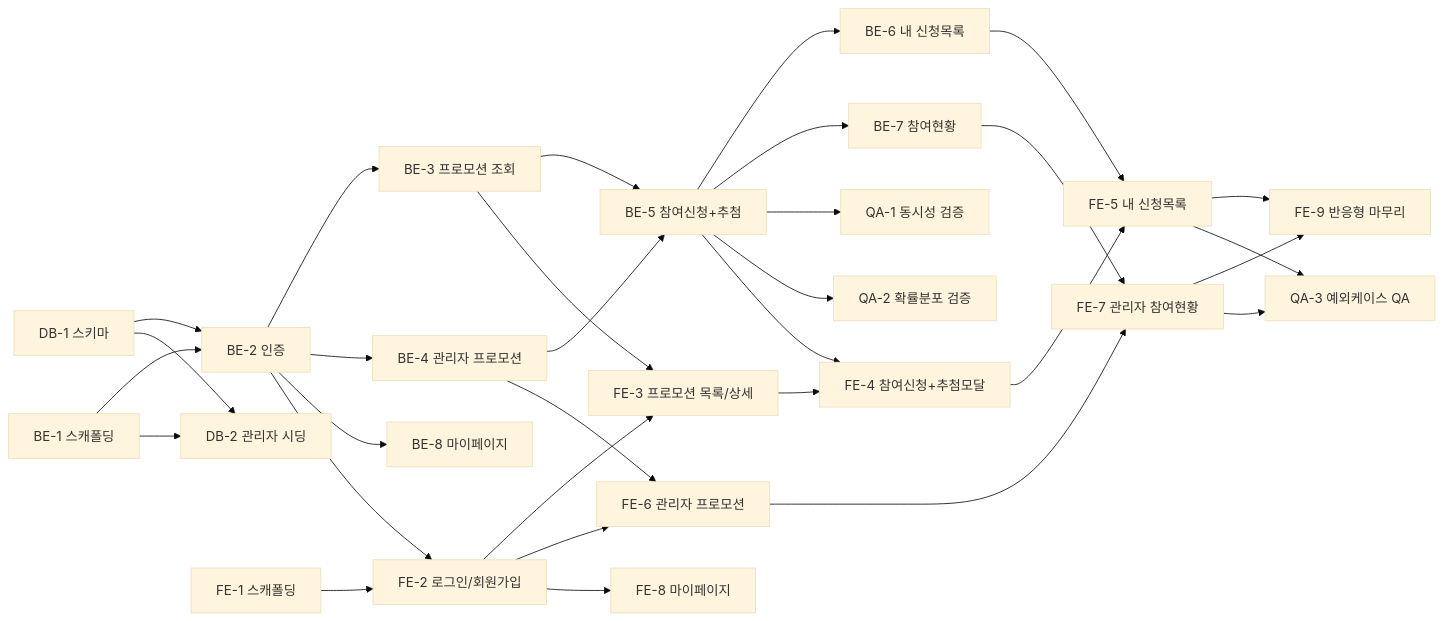
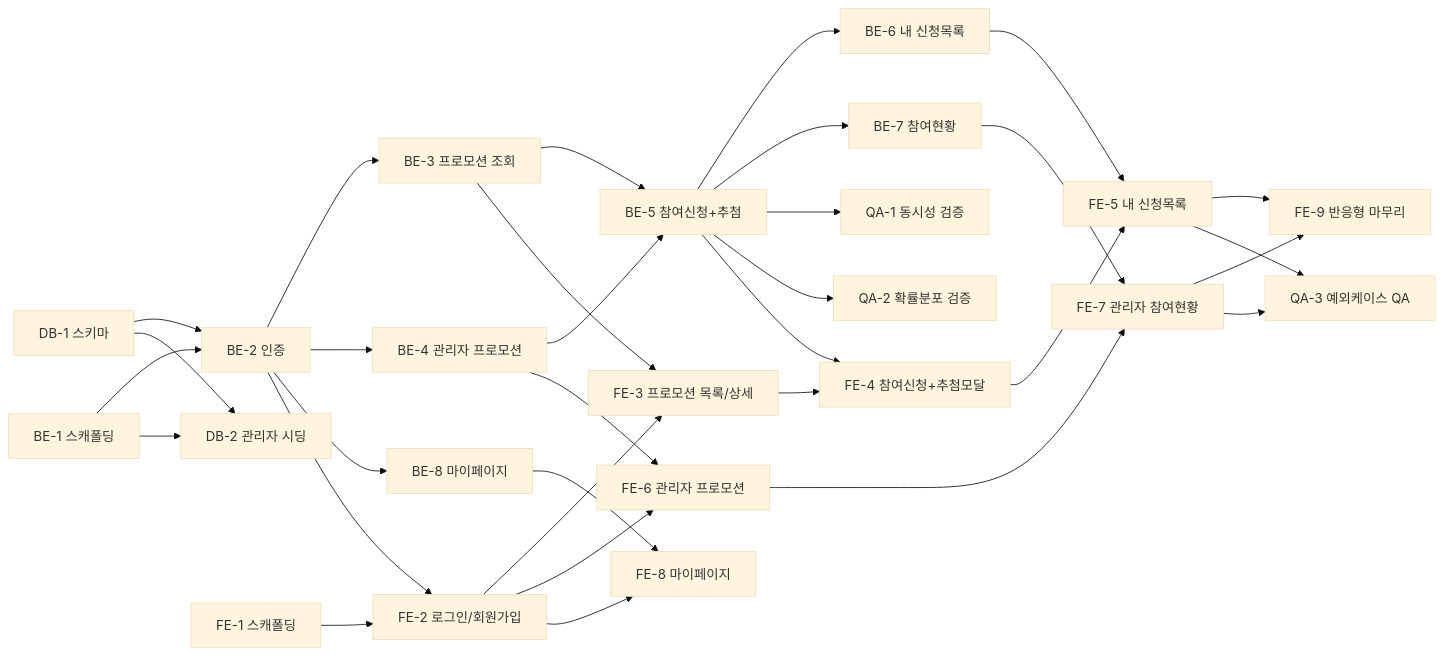
Before and after one commit to woniboni/B2B-Promo: the diagram in docs/9-plan.md, drawn with Mermaid (base theme). The commit also changed other lines of this file and 3 other files, not shown here.

````diff
--- a/docs/9-plan.md
+++ b/docs/9-plan.md
@@ -31,34 +32,35 @@
 ```mermaid
 flowchart LR
   DB1[DB-1 스키마] --> BE2[BE-2 인증]
   BE1[BE-1 스캐폴딩] --> BE2
   BE1 --> DB2[DB-2 관리자 시딩]
   DB1 --> DB2
   BE2 --> BE3[BE-3 프로모션 조회]
   BE2 --> BE4[BE-4 관리자 프로모션]
   BE2 --> BE8[BE-8 마이페이지]
   BE3 --> BE5[BE-5 참여신청+추첨]
   BE4 --> BE5
   BE5 --> BE6[BE-6 내 신청목록]
   BE5 --> BE7[BE-7 참여현황]
   BE5 --> QA1[QA-1 동시성 검증]
   BE5 --> QA2[QA-2 확률분포 검증]
 
   FE1[FE-1 스캐폴딩] --> FE2[FE-2 로그인/회원가입]
   BE2 --> FE2
   FE2 --> FE3[FE-3 프로모션 목록/상세]
   BE3 --> FE3
   FE3 --> FE4[FE-4 참여신청+추첨모달]
   BE5 --> FE4
   FE4 --> FE5[FE-5 내 신청목록]
   BE6 --> FE5
   FE2 --> FE6[FE-6 관리자 프로모션]
   BE4 --> FE6
   FE6 --> FE7[FE-7 관리자 참여현황]
   BE7 --> FE7
   FE2 --> FE8[FE-8 마이페이지]
+  BE8 --> FE8
   FE5 --> FE9[FE-9 반응형 마무리]
   FE7 --> FE9
   FE5 --> QA3[QA-3 예외케이스 QA]
   FE7 --> QA3
 ```
````
